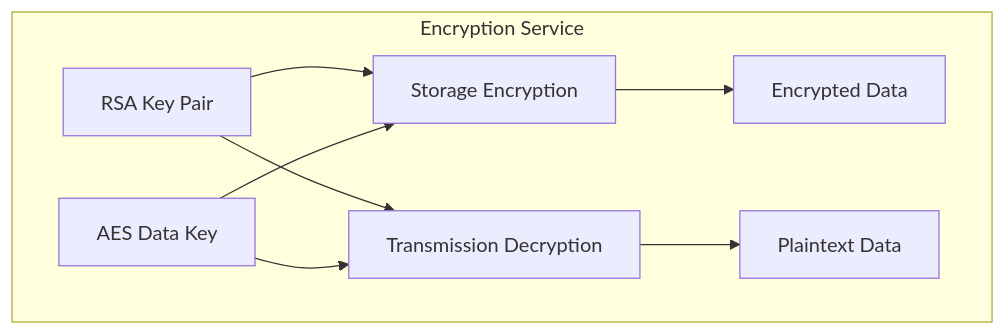
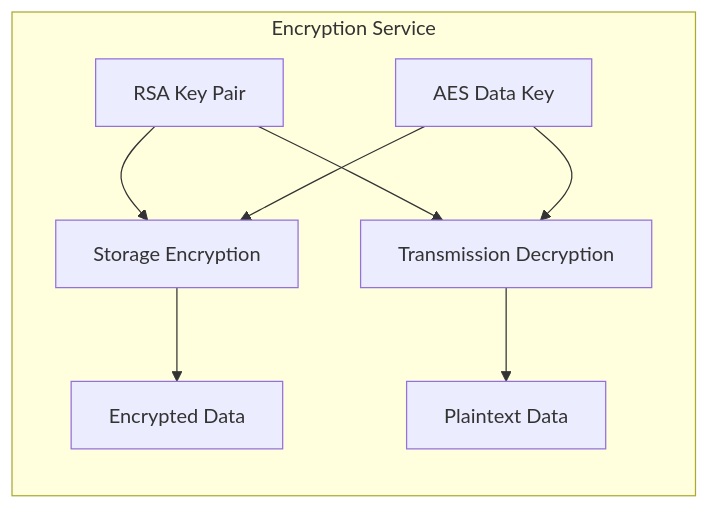
One commit to zcxGGmu/DeepAlpha changed the sixth of 11 diagrams in docs/improve/kilo-code/NOFX-技术分析报告.md. Above: the diagram before and after it, drawn with Mermaid. The commit also changed other lines of this file, not shown here.

Commit message:
fix: 将 Mermaid 图表改为横向排列 (LR)

````diff
--- a/docs/improve/kilo-code/NOFX-技术分析报告.md
+++ b/docs/improve/kilo-code/NOFX-技术分析报告.md
@@ -551,16 +551,16 @@
 ```mermaid
-graph TB
+graph LR
     subgraph CryptoService[Encryption Service]
         RSAKey[RSA Key Pair]
         AESKey[AES Data Key]
         
         RSAKey --> EncryptForStorage[Storage Encryption]
         AESKey --> EncryptForStorage
         
         RSAKey --> DecryptPayload[Transmission Decryption]
         AESKey --> DecryptPayload
         
         EncryptForStorage --> EncryptedData[Encrypted Data]
         DecryptPayload --> Plaintext[Plaintext Data]
     end
 ```
````
